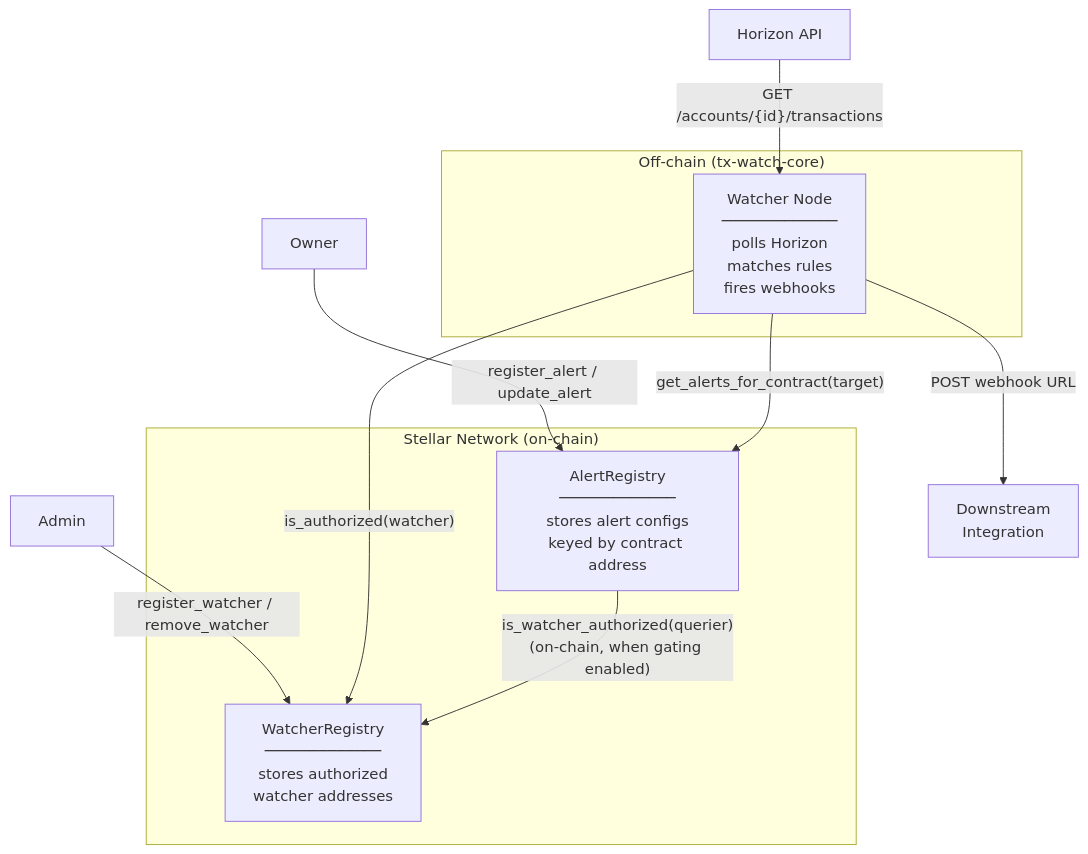
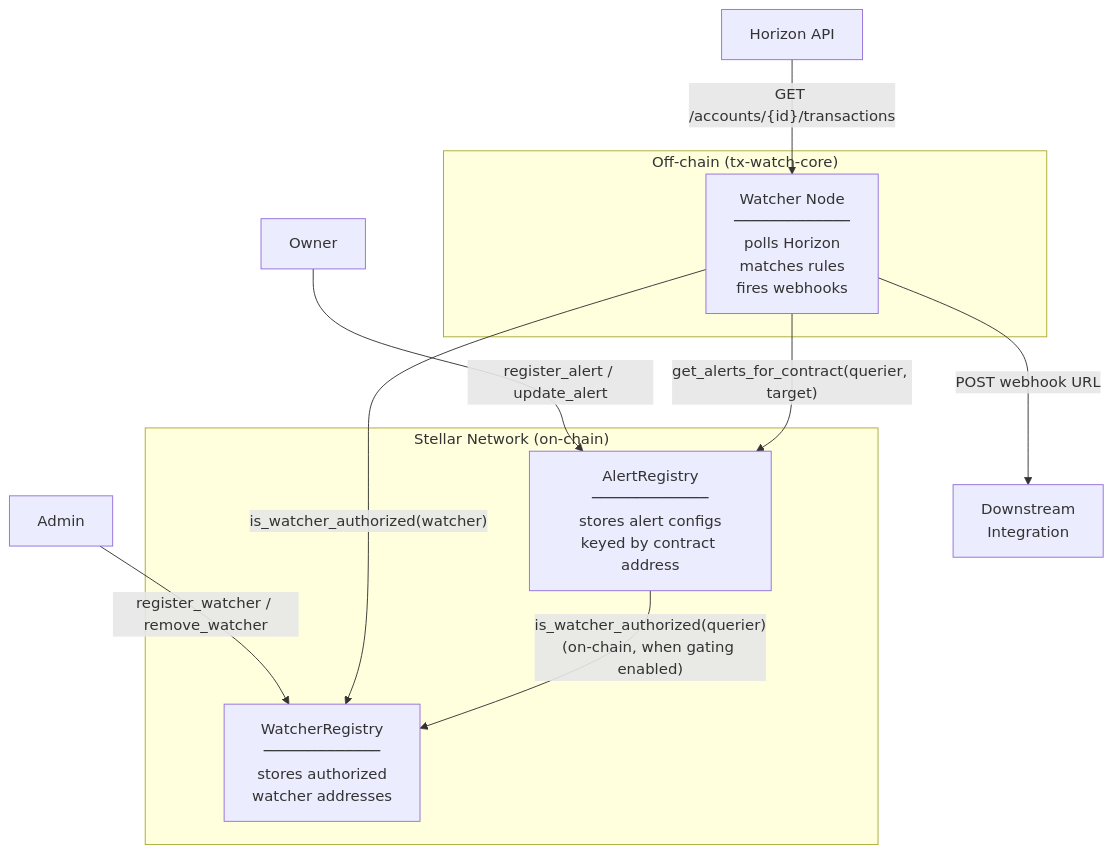
Before and after one commit to Tx-wats/contracts: the diagram in README.md, drawn with Mermaid. The commit also changed other lines of this file and 3 other files, not shown here.

````diff
--- a/README.md
+++ b/README.md
@@ -48,20 +48,20 @@
 ```mermaid
 flowchart TD
     subgraph Stellar["Stellar Network (on-chain)"]
         AR["AlertRegistry\n─────────────\nstores alert configs\nkeyed by contract address"]
         WR["WatcherRegistry\n─────────────\nstores authorized\nwatcher addresses"]
     end
 
     subgraph OffChain["Off-chain (tx-watch-core)"]
         W["Watcher Node\n─────────────\npolls Horizon\nmatches rules\nfires webhooks"]
     end
 
     Owner["Owner"] -->|"register_alert / update_alert"| AR
     Admin["Admin"] -->|"register_watcher / remove_watcher"| WR
 
-    W -->|"is_authorized(watcher)"| WR
-    W -->|"get_alerts_for_contract(target)"| AR
+    W -->|"is_watcher_authorized(watcher)"| WR
+    W -->|"get_alerts_for_contract(querier, target)"| AR
     AR -->|"is_watcher_authorized(querier)\n(on-chain, when gating enabled)"| WR
     Horizon["Horizon API"] -->|"GET /accounts/{id}/transactions"| W
     W -->|"POST webhook URL"| Endpoint["Downstream\nIntegration"]
 ```
````
